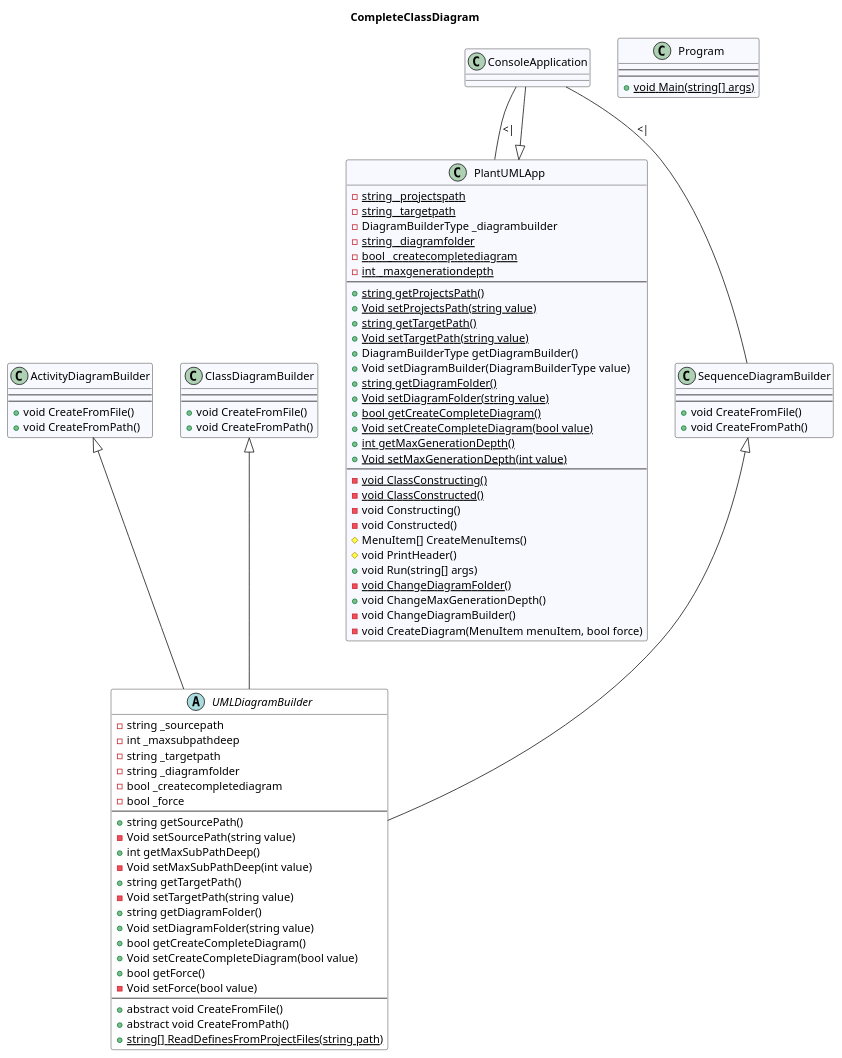
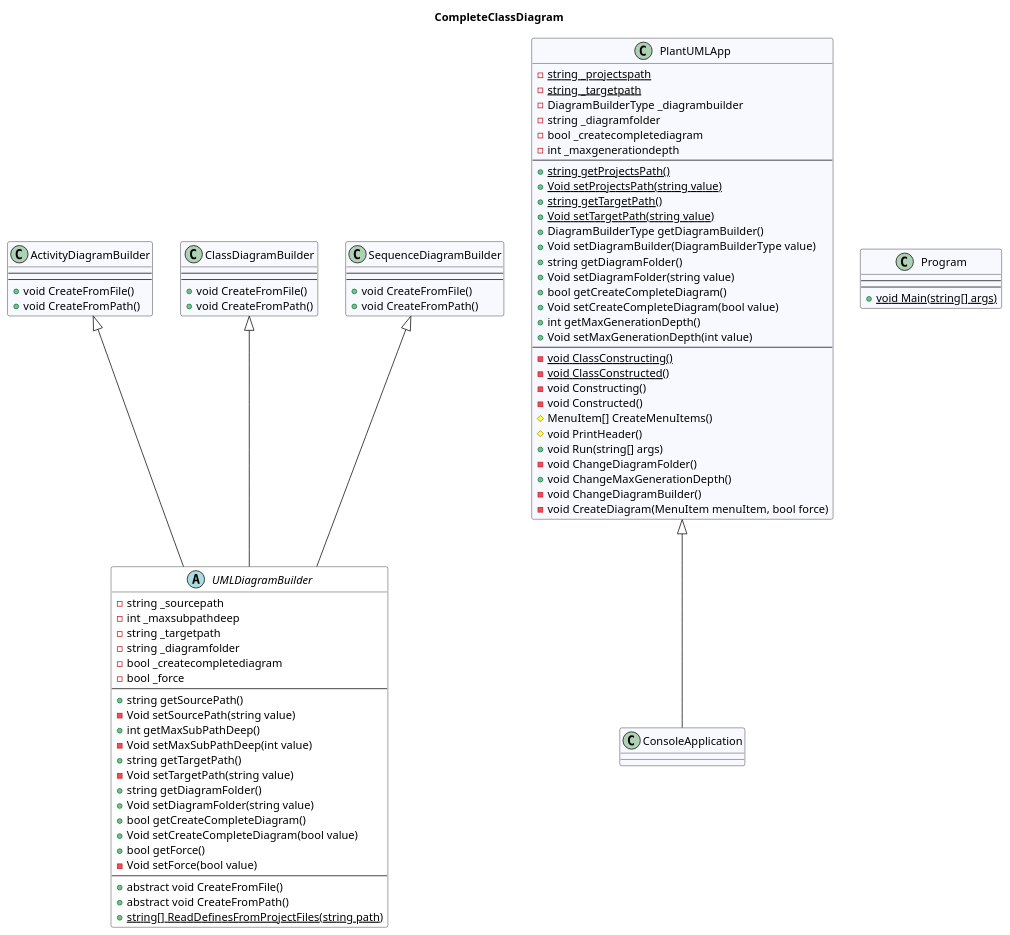
One commit to leoggehrer/PlantUML changed the diagram in PlantUML.ConApp/diagrams/CompleteClassDiagram.puml. Above: the diagram before and after it, drawn with PlantUML. The commit also changed 28 other files, not shown here.

Commit message:
Fixeed custom uml labels.

```diff
--- a/PlantUML.ConApp/diagrams/CompleteClassDiagram.puml
+++ b/PlantUML.ConApp/diagrams/CompleteClassDiagram.puml
@@ -1,91 +1,89 @@
 @startuml CompleteClassDiagram
 title CompleteClassDiagram
  class ActivityDiagramBuilder #GhostWhite {
 ---
 ---
 + void CreateFromFile()
 + void CreateFromPath()
 }
 abstract class UMLDiagramBuilder #White {
 - string _sourcepath
 - int _maxsubpathdeep
 - string _targetpath
 - string _diagramfolder
 - bool _createcompletediagram
 - bool _force
 ---
 + string getSourcePath()
 - Void setSourcePath(string value)
 + int getMaxSubPathDeep()
 - Void setMaxSubPathDeep(int value)
 + string getTargetPath()
 - Void setTargetPath(string value)
 + string getDiagramFolder()
 + Void setDiagramFolder(string value)
 + bool getCreateCompleteDiagram()
 + Void setCreateCompleteDiagram(bool value)
 + bool getForce()
 - Void setForce(bool value)
 ---
 + abstract void CreateFromFile()
 + abstract void CreateFromPath()
 + {static} string[] ReadDefinesFromProjectFiles(string path)
 }
  class ClassDiagramBuilder #GhostWhite {
 ---
 ---
 + void CreateFromFile()
 + void CreateFromPath()
 }
  class PlantUMLApp #GhostWhite {
 - {static} string _projectspath
 - {static} string _targetpath
 - DiagramBuilderType _diagrambuilder
-- {static} string _diagramfolder
-- {static} bool _createcompletediagram
-- {static} int _maxgenerationdepth
+- string _diagramfolder
+- bool _createcompletediagram
+- int _maxgenerationdepth
 ---
 + {static} string getProjectsPath()
 + {static} Void setProjectsPath(string value)
 + {static} string getTargetPath()
 + {static} Void setTargetPath(string value)
 + DiagramBuilderType getDiagramBuilder()
 + Void setDiagramBuilder(DiagramBuilderType value)
-+ {static} string getDiagramFolder()
-+ {static} Void setDiagramFolder(string value)
-+ {static} bool getCreateCompleteDiagram()
-+ {static} Void setCreateCompleteDiagram(bool value)
-+ {static} int getMaxGenerationDepth()
-+ {static} Void setMaxGenerationDepth(int value)
++ string getDiagramFolder()
++ Void setDiagramFolder(string value)
++ bool getCreateCompleteDiagram()
++ Void setCreateCompleteDiagram(bool value)
++ int getMaxGenerationDepth()
++ Void setMaxGenerationDepth(int value)
 ---
 - {static} void ClassConstructing()
 - {static} void ClassConstructed()
 - void Constructing()
 - void Constructed()
 # MenuItem[] CreateMenuItems()
 # void PrintHeader()
 + void Run(string[] args)
-- {static} void ChangeDiagramFolder()
+- void ChangeDiagramFolder()
 + void ChangeMaxGenerationDepth()
 - void ChangeDiagramBuilder()
 - void CreateDiagram(MenuItem menuItem, bool force)
 }
  class Program #GhostWhite {
 ---
 ---
 + {static} void Main(string[] args)
 }
  class SequenceDiagramBuilder #GhostWhite {
 ---
 ---
 + void CreateFromFile()
 + void CreateFromPath()
 }
 ActivityDiagramBuilder <|-- UMLDiagramBuilder
 ClassDiagramBuilder <|-- UMLDiagramBuilder
 class ConsoleApplication #GhostWhite
 PlantUMLApp <|-- ConsoleApplication
 SequenceDiagramBuilder <|-- UMLDiagramBuilder
-ConsoleApplication -- PlantUMLApp : <|
-ConsoleApplication -- SequenceDiagramBuilder : <|
 @enduml
```
